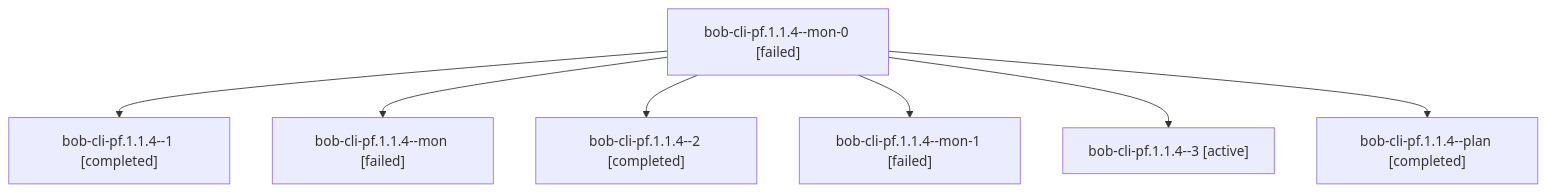
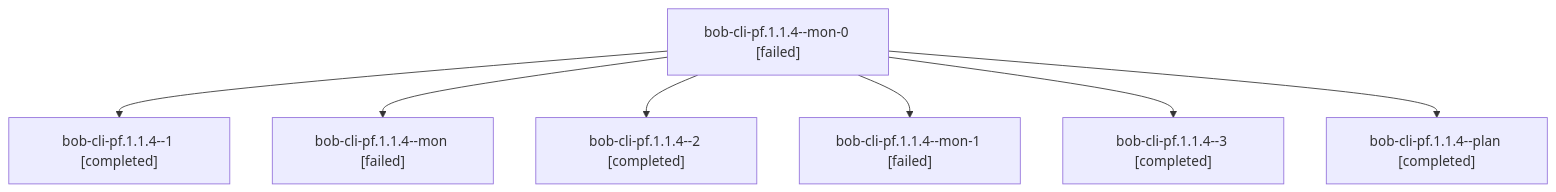
One commit to bobs-org/bob-cli--agents changed the diagram in sessions/bbugyi200.apollo.bob-cli-pf.1.1.4.md. Above: the diagram before and after it, drawn with Mermaid. The commit also changed other lines of this file and 69 other files, not shown here.

````diff
--- a/sessions/bbugyi200.apollo.bob-cli-pf.1.1.4.md
+++ b/sessions/bbugyi200.apollo.bob-cli-pf.1.1.4.md
@@ -9,16 +9,16 @@
 ```mermaid
 flowchart TD
   n0["bob-cli-pf.1.1.4--mon-0 [failed]"]
   n1["bob-cli-pf.1.1.4--1 [completed]"]
   n0 --> n1
   n2["bob-cli-pf.1.1.4--mon [failed]"]
   n0 --> n2
   n3["bob-cli-pf.1.1.4--2 [completed]"]
   n0 --> n3
   n4["bob-cli-pf.1.1.4--mon-1 [failed]"]
   n0 --> n4
-  n5["bob-cli-pf.1.1.4--3 [active]"]
+  n5["bob-cli-pf.1.1.4--3 [completed]"]
   n0 --> n5
   n6["bob-cli-pf.1.1.4--plan [completed]"]
   n0 --> n6
 ```
````
